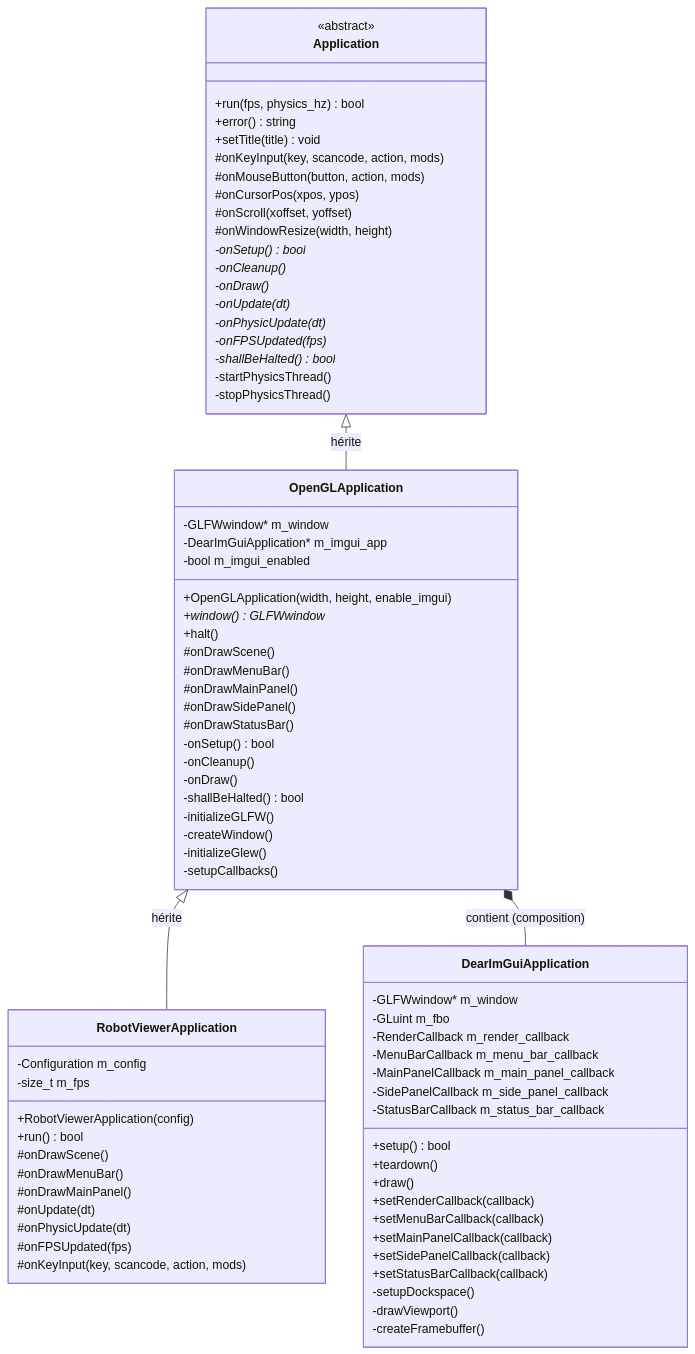
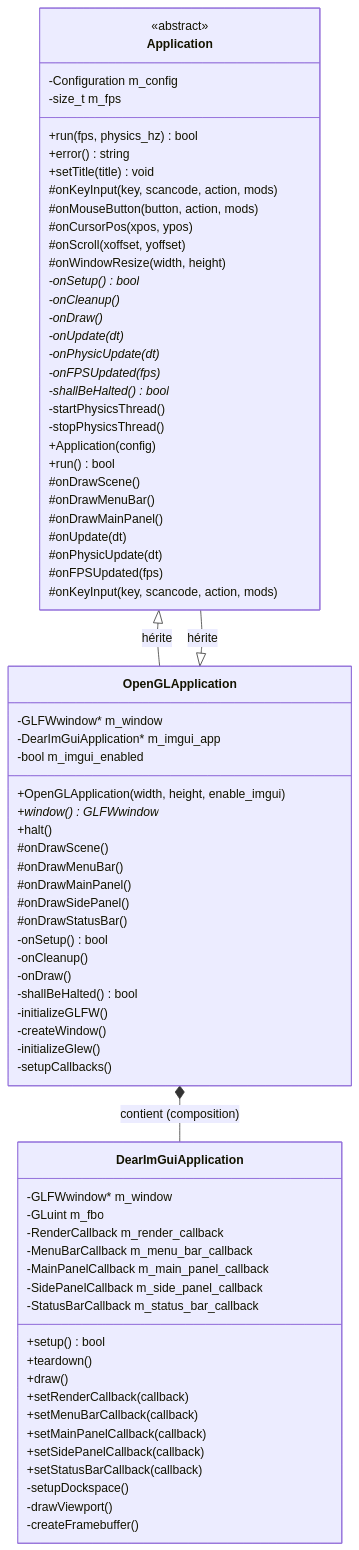
One commit to Lecrapouille/Robotik changed the diagram in doc/Applications.md. Above: the diagram before and after it, drawn with Mermaid. The commit also changed other lines of this file and 27 other files, not shown here.

````diff
--- a/doc/Applications.md
+++ b/doc/Applications.md
@@ -74,10 +74,10 @@
         -createFramebuffer()
     }
 
-    class RobotViewerApplication {
+    class Application {
         -Configuration m_config
         -size_t m_fps
-        +RobotViewerApplication(config)
+        +Application(config)
         +run() bool
         #onDrawScene()
         #onDrawMenuBar()
@@ -89,6 +89,6 @@
     }
 
     Application <|-- OpenGLApplication : hérite
-    OpenGLApplication <|-- RobotViewerApplication : hérite
+    OpenGLApplication <|-- Application : hérite
     OpenGLApplication *-- DearImGuiApplication : contient (composition)
 ```
````
